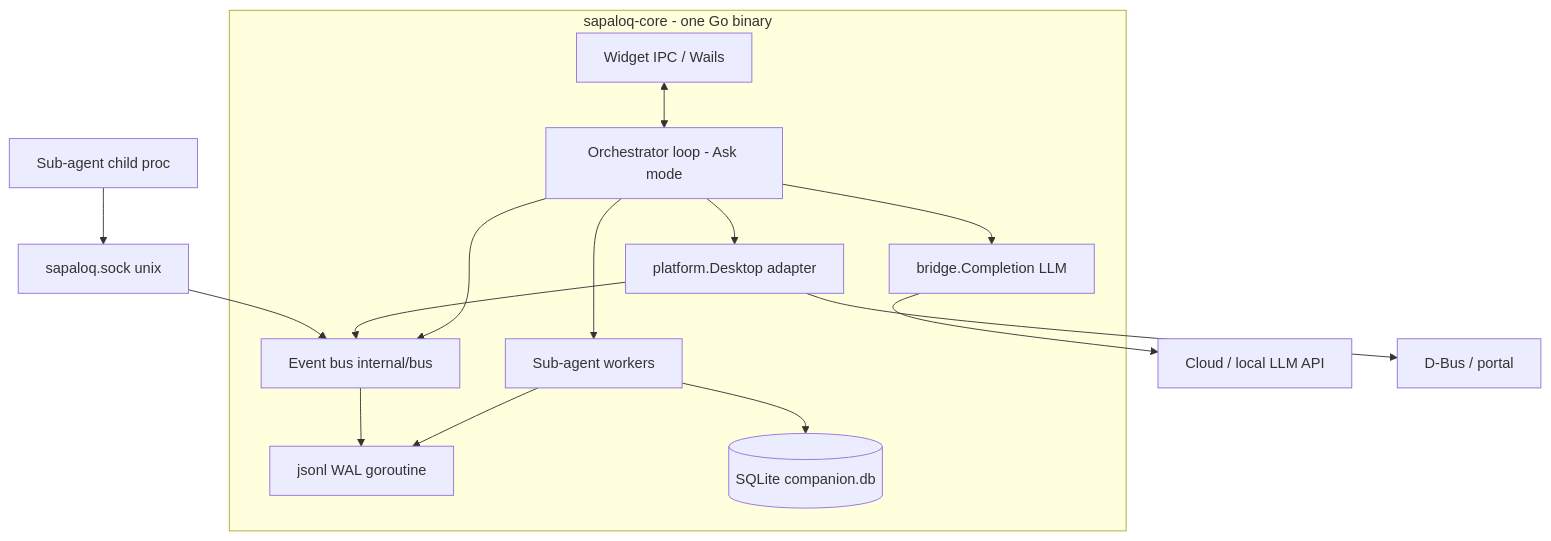
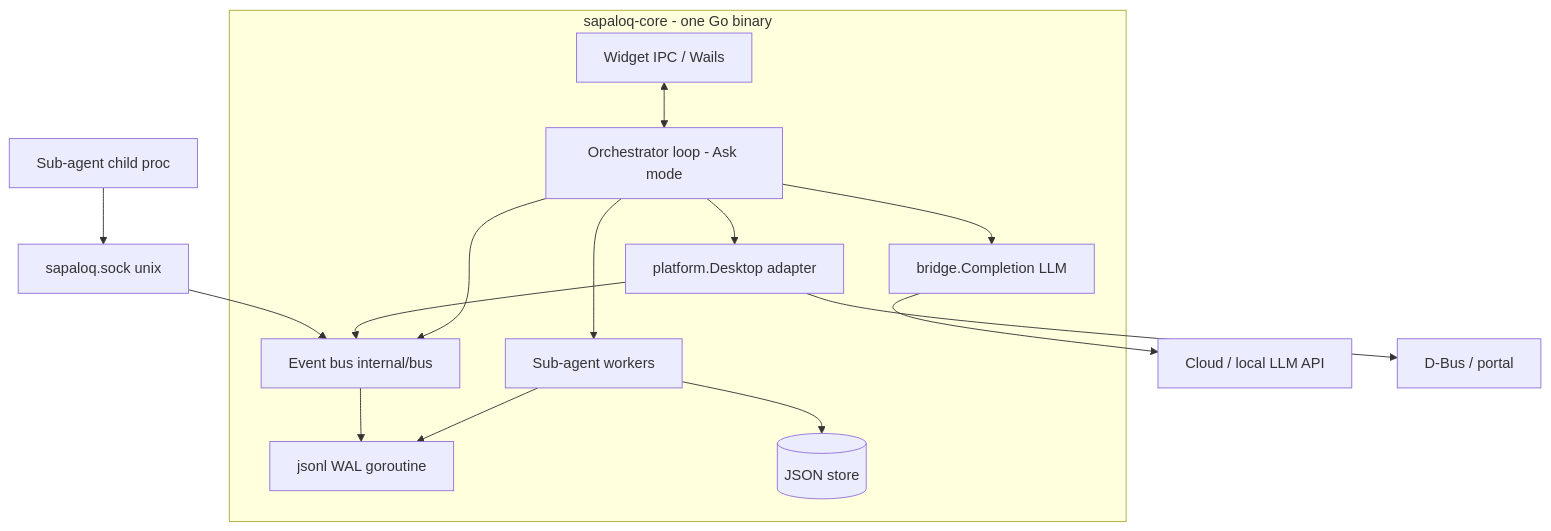
One commit to jahrulnr/sapaloq changed the second of 11 diagrams in docs/BLUEPRINT.md. Above: the diagram before and after it, drawn with Mermaid. The commit also changed other lines of this file and 34 other files, not shown here.

````diff
--- a/docs/BLUEPRINT.md
+++ b/docs/BLUEPRINT.md
@@ -276,32 +276,32 @@
 ```mermaid
 flowchart TB
   subgraph core [sapaloq-core - one Go binary]
     UI[Widget IPC / Wails]
     ORCH[Orchestrator loop - Ask mode]
     BUS[Event bus internal/bus]
     WAL[jsonl WAL goroutine]
-    SQL[(SQLite companion.db)]
+    SQL[(JSON store)]
     POOL[Sub-agent workers]
     PLAT[platform.Desktop adapter]
     BRG[bridge.Completion LLM]
 
     UI <--> ORCH
     ORCH --> BUS
     ORCH --> POOL
     ORCH --> BRG
     POOL --> SQL
     POOL --> WAL
     BUS --> WAL
     ORCH --> PLAT
     PLAT --> BUS
   end
 
   SOCK[sapaloq.sock unix]
   EXT[Sub-agent child proc]
   EXT --> SOCK --> BUS
 
   LLM[Cloud / local LLM API]
   BRG --> LLM
   DBUS[D-Bus / portal]
   PLAT --> DBUS
 ```
````
